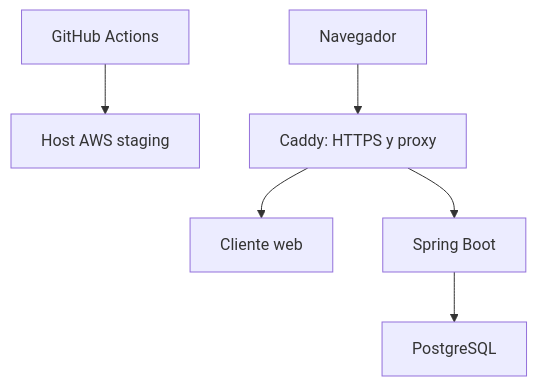
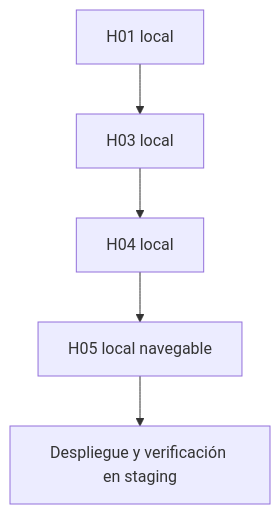
The diagram in docs/adr/ADR-009-despliegue-cloud-incremental-aws.md (omarjtoscano/propractix-v2), drawn with Mermaid before and after one commit. The commit also changed other lines of this file and 7 other files, not shown here.

Commit message:
docs: approve minimal AWS staging baseline

````diff
--- a/docs/adr/ADR-009-despliegue-cloud-incremental-aws.md
+++ b/docs/adr/ADR-009-despliegue-cloud-incremental-aws.md
@@ -34,8 +33,7 @@
 ```mermaid
 flowchart TD
-    G["GitHub Actions"] --> H["Host AWS staging"]
-    U["Navegador"] --> P["Caddy: HTTPS y proxy"]
-    P --> F["Cliente web"]
-    P --> B["Spring Boot"]
-    B --> D["PostgreSQL"]
+    H01["H01 local"] --> H03["H03 local"]
+    H03 --> H04["H04 local"]
+    H04 --> H05["H05 local navegable"]
+    H05 --> STG["Despliegue y verificación en staging"]
 ```
````
